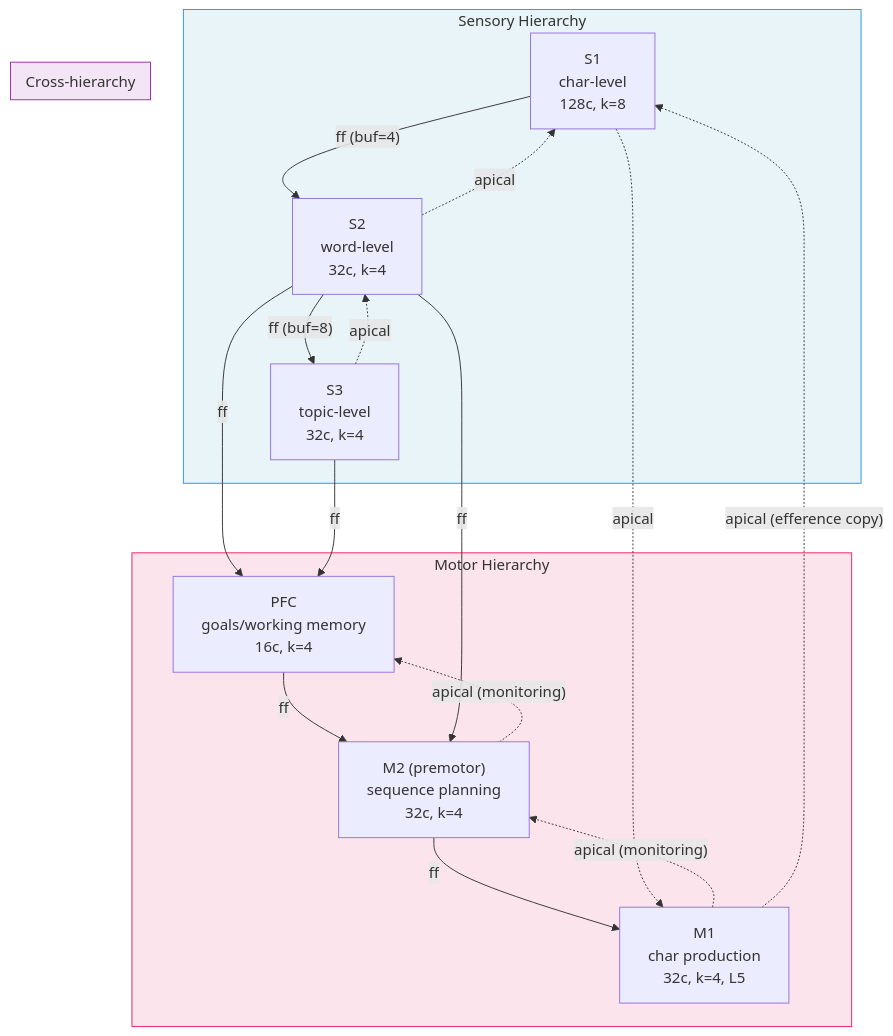
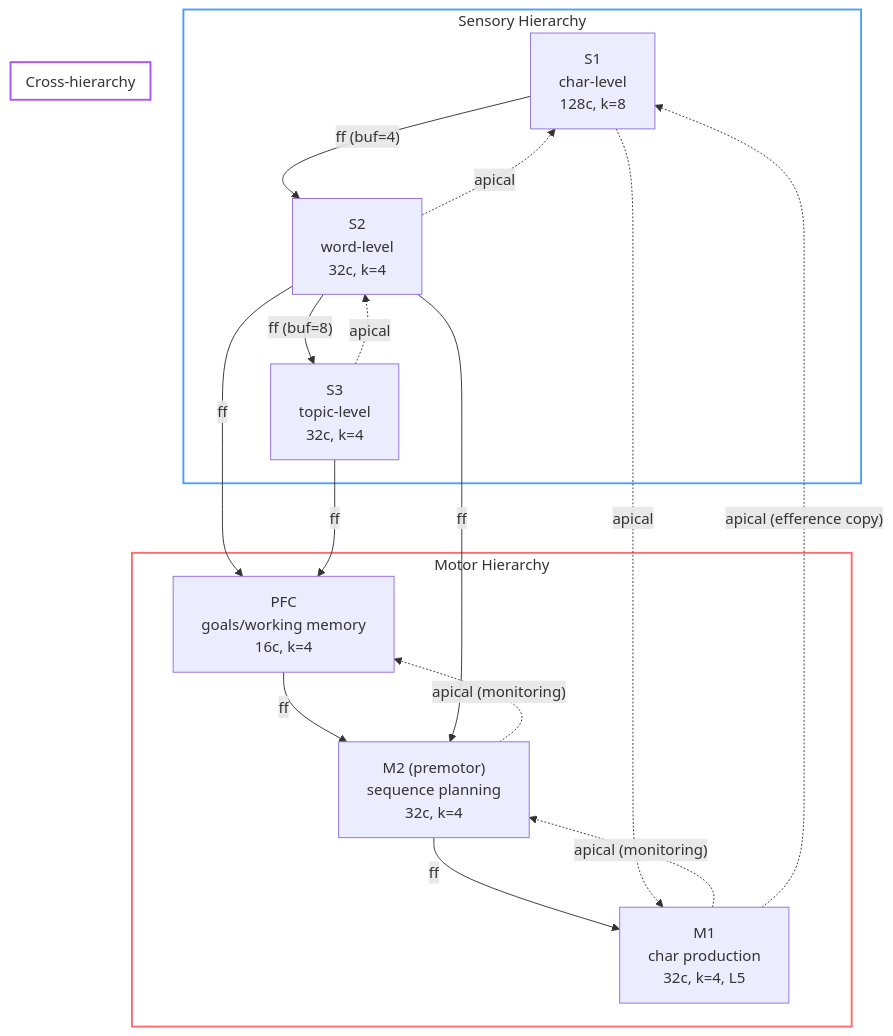
One commit to fuJiin/arbora changed the diagram in README.md. Above: the diagram before and after it, drawn with Mermaid.

Commit message:
README: transparent mermaid backgrounds for dark/light mode

````diff
--- a/README.md
+++ b/README.md
@@ -34,34 +34,34 @@
 ```mermaid
 graph TB
     subgraph Sensory["Sensory Hierarchy"]
         S1["S1<br/>char-level<br/>128c, k=8"]
         S2["S2<br/>word-level<br/>32c, k=4"]
         S3["S3<br/>topic-level<br/>32c, k=4"]
         S1 -->|"ff (buf=4)"| S2
         S2 -->|"ff (buf=8)"| S3
         S3 -.->|apical| S2
         S2 -.->|apical| S1
     end
 
     subgraph Motor["Motor Hierarchy"]
         PFC["PFC<br/>goals/working memory<br/>16c, k=4"]
         M2["M2 (premotor)<br/>sequence planning<br/>32c, k=4"]
         M1["M1<br/>char production<br/>32c, k=4, L5"]
         PFC -->|ff| M2
         M2 -->|ff| M1
         M1 -.->|"apical (monitoring)"| M2
         M2 -.->|"apical (monitoring)"| PFC
     end
 
     subgraph Cross["Cross-hierarchy"]
         S2 -->|ff| PFC
         S3 -->|ff| PFC
         S2 -->|ff| M2
         S1 -.->|apical| M1
         M1 -.->|"apical (efference copy)"| S1
     end
 
-    style Sensory fill:#e8f4f8,stroke:#2196F3
-    style Motor fill:#fce4ec,stroke:#e91e63
-    style Cross fill:#f3e5f5,stroke:#9c27b0
+    style Sensory fill:none,stroke:#4a9eff,stroke-width:2px
+    style Motor fill:none,stroke:#ff6b6b,stroke-width:2px
+    style Cross fill:none,stroke:#a855f7,stroke-width:2px
 ```
````
